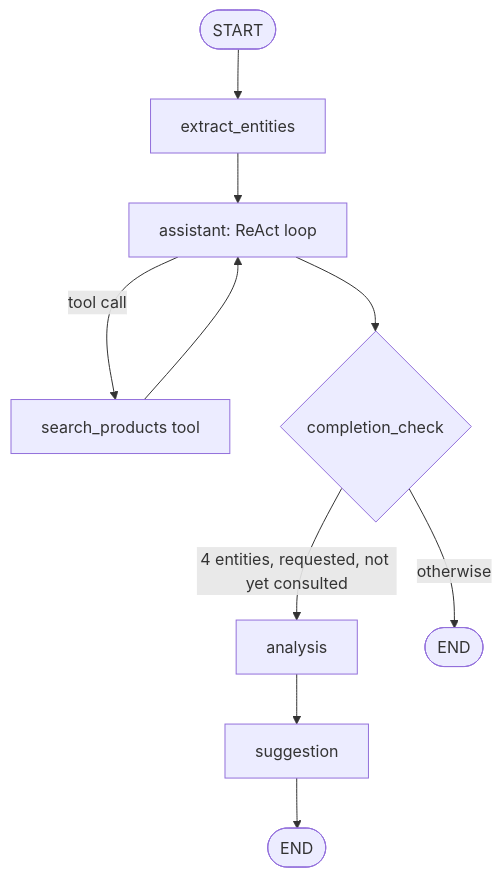
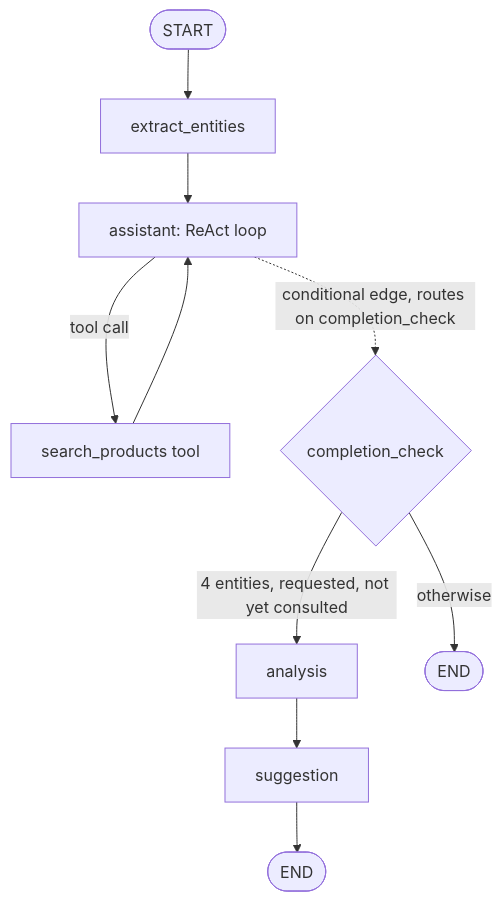
One commit to MKousheshi/parstech-interview-task changed the diagram in docs/ARCHITECTURE_FLEXIBLE.md. Above: the diagram before and after it, drawn with Mermaid. The commit also changed other lines of this file and 13 other files, not shown here.

First line of the commit message:
fix: close three gaps between the flexible variant and its architecture doc

````diff
--- a/docs/ARCHITECTURE_FLEXIBLE.md
+++ b/docs/ARCHITECTURE_FLEXIBLE.md
@@ -76,12 +80,12 @@
 ```mermaid
 flowchart TD
     START([START]) --> extract[extract_entities]
     extract --> assistant[assistant: ReAct loop]
     assistant -->|tool call| search[search_products tool]
     search --> assistant
-    assistant --> gate{completion_check}
+    assistant -.->|conditional edge, routes on completion_check| gate{completion_check}
     gate -->|4 entities, requested, not yet consulted| analysis[analysis]
     gate -->|otherwise| END1([END])
     analysis --> suggestion[suggestion]
     suggestion --> END2([END])
 ```
````
